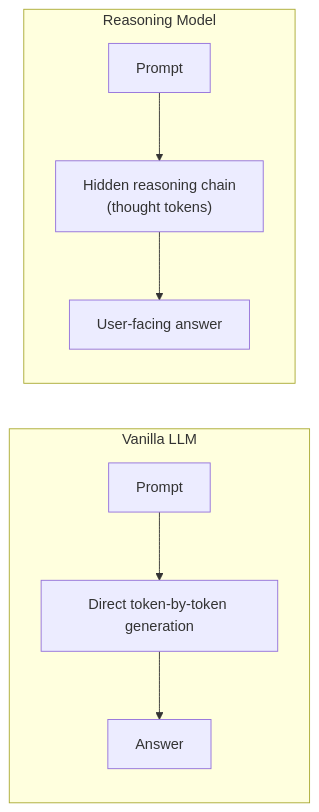
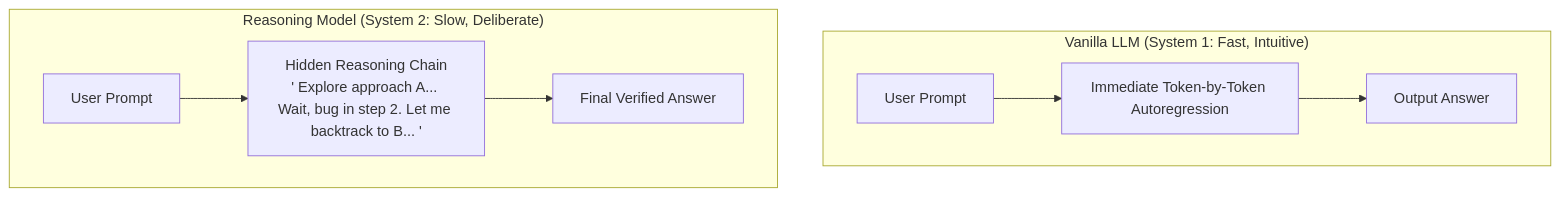
Before and after one commit to 1345AbhishekKumar/cs-cookbook: the first of 5 diagrams in content/docs/ai-agents/agentic-ai/06-llm-reasoning-grpo-and-r1.mdx, drawn with Mermaid. The commit also changed other lines of this file and 299 other files, not shown here.

````diff
--- a/content/docs/ai-agents/agentic-ai/06-llm-reasoning-grpo-and-r1.mdx
+++ b/content/docs/ai-agents/agentic-ai/06-llm-reasoning-grpo-and-r1.mdx
@@ -26,10 +36,13 @@
 ```mermaid
-flowchart LR
-    subgraph V["Vanilla LLM"]
-        P1["Prompt"] --> G1["Direct token-by-token generation"] --> A1["Answer"]
+flowchart TD
+    subgraph Vanilla["Vanilla LLM (System 1: Fast, Intuitive)"]
+        direction LR
+        P1["User Prompt"] --> Gen1["Immediate Token-by-Token Autoregression"] --> Ans1["Output Answer"]
     end
-    subgraph R["Reasoning Model"]
-        P2["Prompt"] --> Think["Hidden reasoning chain<br/>(thought tokens)"]
-        Think --> A2["User-facing answer"]
+
+    subgraph Reasoning["Reasoning Model (System 2: Slow, Deliberate)"]
+        direction LR
+        P2["User Prompt"] --> Think["Hidden Reasoning Chain<br/>'<think> Explore approach A... Wait, bug in step 2. Let me backtrack to B... </think>'"]
+        Think --> Ans2["Final Verified Answer"]
     end
 ```
````
